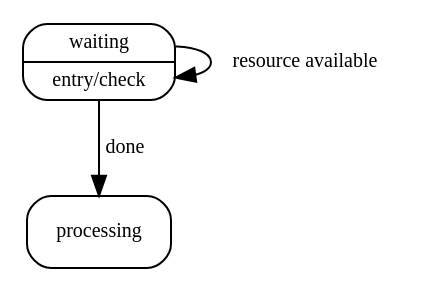
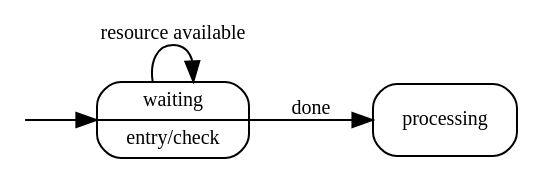
The diagram in self-events.dot (simonjwright/coldframe), drawn with Graphviz before and after one commit.

Commit message:
Made LR, added initial entry (with some fudging!)

```diff
--- a/self-events.dot
+++ b/self-events.dot
@@ -1,9 +1,16 @@
-// $Id: self-events.dot,v b57748f1f106 2007/10/20 19:15:46 simonjwright $
+// $Id: self-events.dot,v b5c990f673e3 2007/10/20 19:48:53 simonjwright $
 // dot diagram showing use of self event to count resources
 
 digraph {
-waiting [shape=Mrecord, label="{ waiting | entry/check }", fontsize=10]
+
+rankdir=LR
+
+initial [shape=point, width=0]
+waiting [shape=Mrecord, label="waiting | entry/check", fontsize=10]
 processing [shape=Mrecord, fontsize=10]
+
+initial -> waiting
 waiting -> waiting [label="resource available", fontsize=10]
 waiting -> processing [label="done", fontsize=10]
+
 }
```
